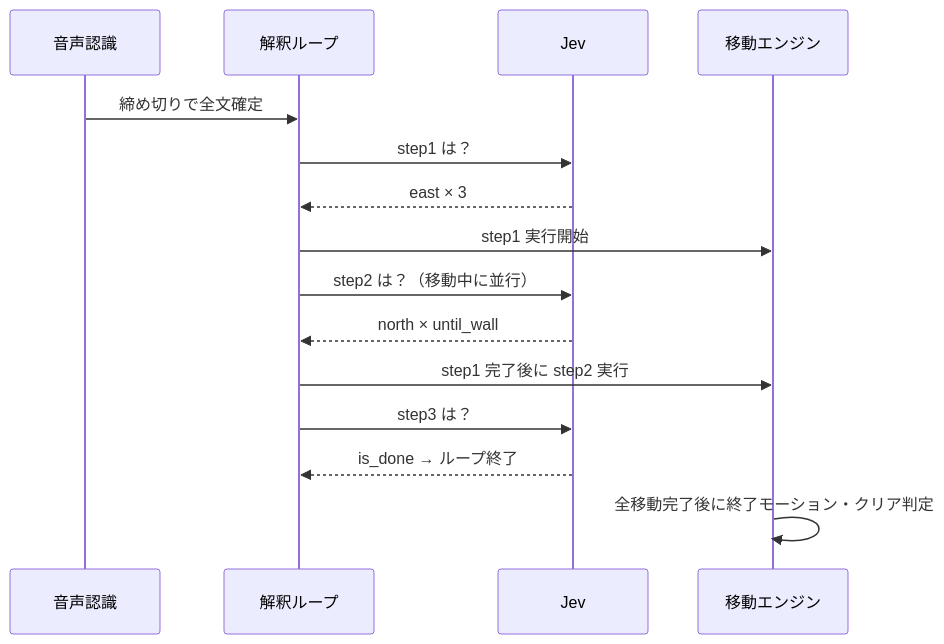
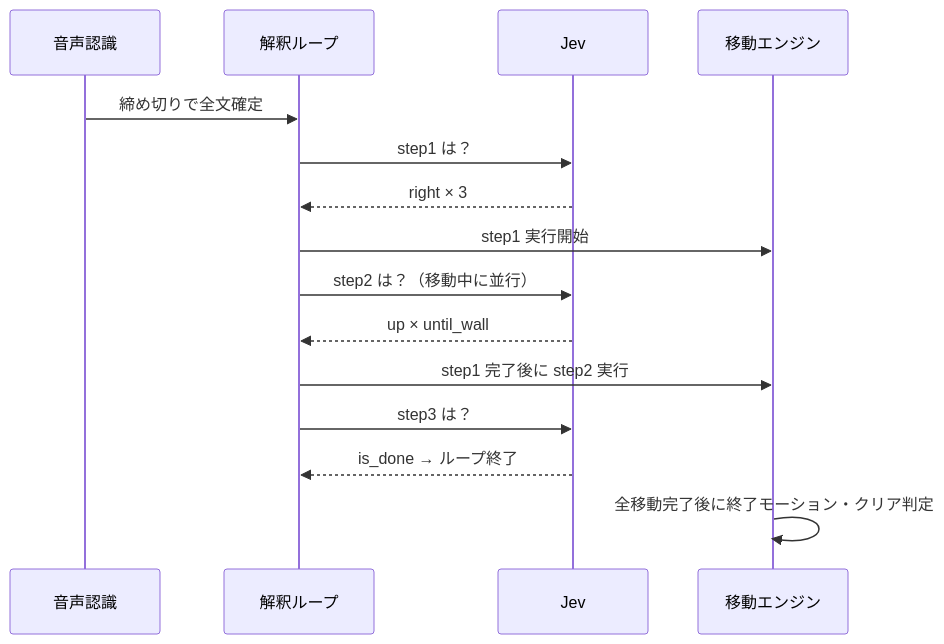
The second of 2 diagrams in docs/spec.md (tenkoh/jev-maze), drawn with Mermaid before and after one commit. The commit also changed other lines of this file and 43 other files, not shown here.

````diff
--- a/docs/spec.md
+++ b/docs/spec.md
@@ -117,17 +125,17 @@
 ```mermaid
 sequenceDiagram
   participant U as 音声認識
   participant L as 解釈ループ
   participant J as Jev
   participant M as 移動エンジン
   U->>L: 締め切りで全文確定
   L->>J: step1 は？
-  J-->>L: east × 3
+  J-->>L: right × 3
   L->>M: step1 実行開始
   L->>J: step2 は？（移動中に並行）
-  J-->>L: north × until_wall
+  J-->>L: up × until_wall
   L->>M: step1 完了後に step2 実行
   L->>J: step3 は？
   J-->>L: is_done → ループ終了
   M->>M: 全移動完了後に終了モーション・クリア判定
 ```
````
